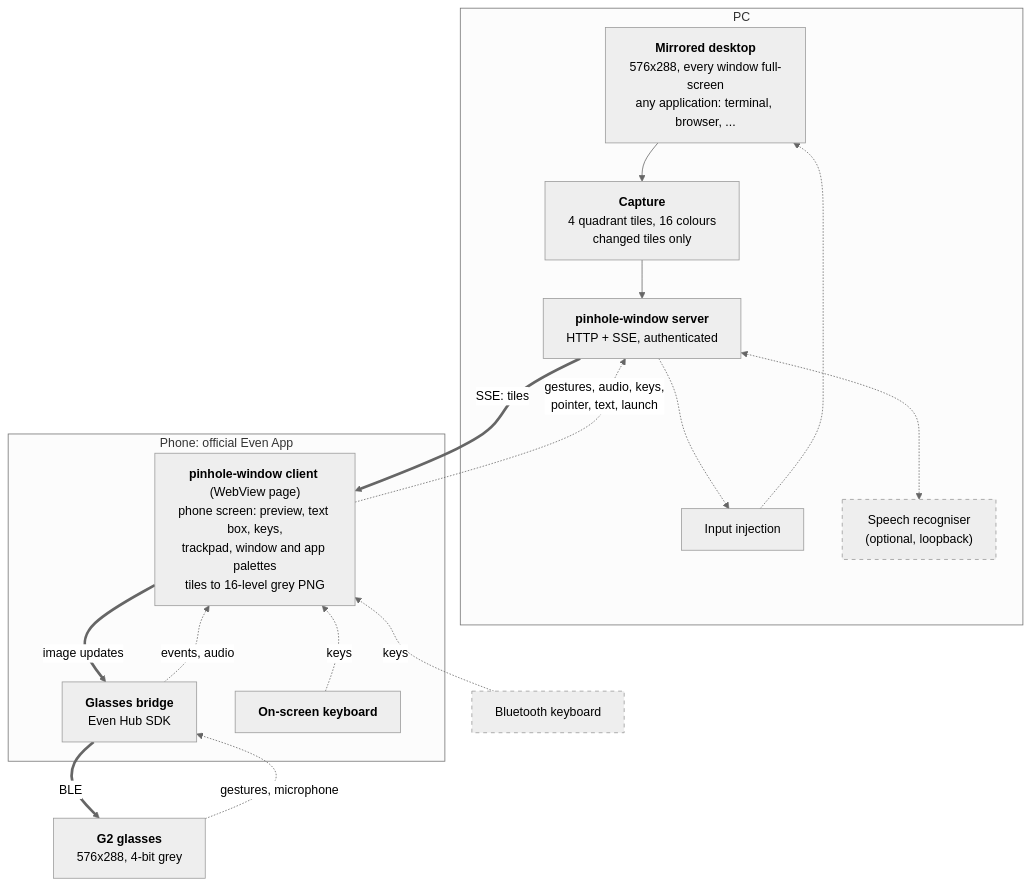
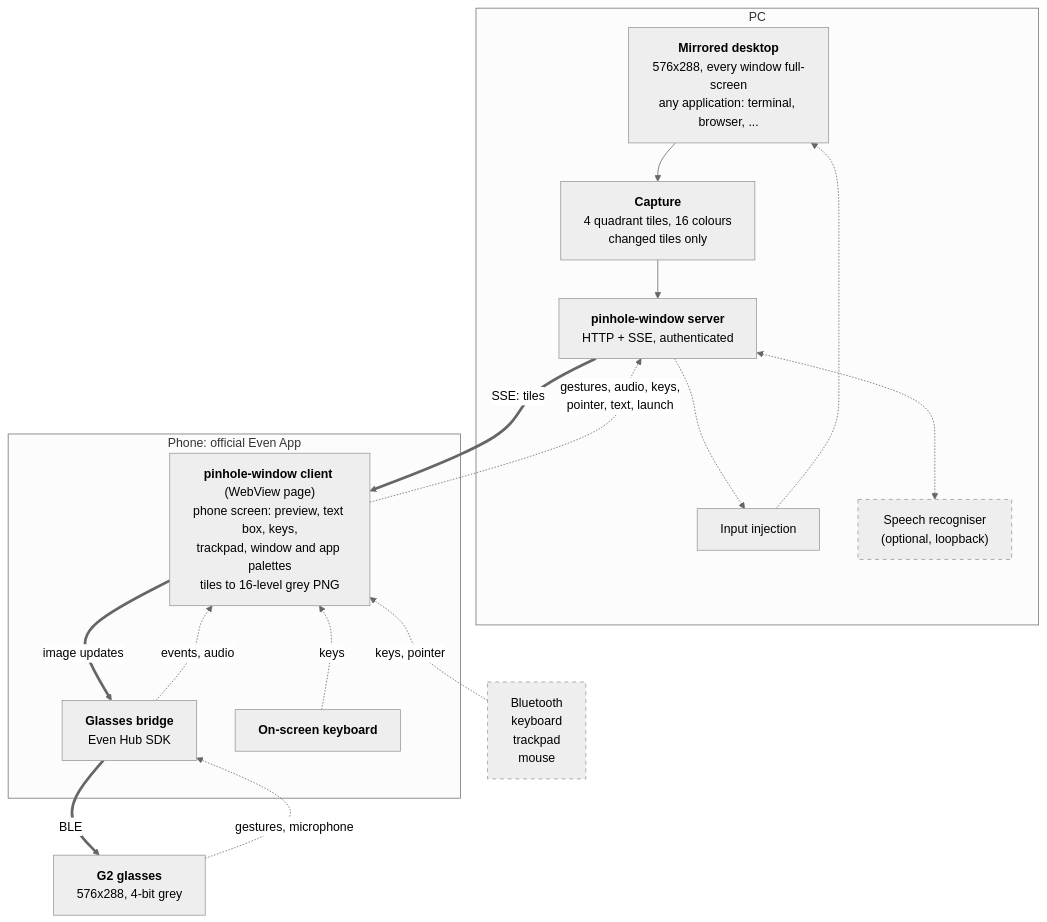
The diagram in README.md (sunasaji/even-window), drawn with Mermaid (neutral theme) before and after one commit. The commit also changed 1 other file, not shown here.

Commit message:
docs: show the trackpad and mouse in the README diagram
The diagram named only a Bluetooth keyboard, although a trackpad or
mouse paired with the phone also drives the desktop. The glasses have
little input of their own, so the diagram should show what can be added.

````diff
--- a/README.md
+++ b/README.md
@@ -33,33 +33,33 @@
 ```mermaid
 flowchart TB
   subgraph PC["PC"]
     X["<b>Mirrored desktop</b><br/>576x288, every window full-screen<br/>any application: terminal, browser, ..."]
     CAP["<b>Capture</b><br/>4 quadrant tiles, 16 colours<br/>changed tiles only"]
     SRV["<b>pinhole-window server</b><br/>HTTP + SSE, authenticated"]
     INJ["Input injection"]
     STT["Speech recogniser<br/>(optional, loopback)"]
     X --> CAP --> SRV
     SRV -.-> INJ -.-> X
     SRV <-.-> STT
   end
   subgraph PHONE["Phone: official Even App"]
     CL["<b>pinhole-window client</b> (WebView page)<br/>phone screen: preview, text box, keys,<br/>trackpad, window and app palettes<br/>tiles to 16-level grey PNG"]
     BR["<b>Glasses bridge</b><br/>Even Hub SDK"]
     SK["<b>On-screen keyboard</b>"]
   end
   G2["<b>G2 glasses</b><br/>576x288, 4-bit grey"]
-  KB["Bluetooth keyboard"]
+  KB["Bluetooth<br/>keyboard<br/>trackpad<br/>mouse"]
   style KB stroke-dasharray: 5 5
   style STT stroke-dasharray: 5 5
 
   SRV == "SSE: tiles" ==> CL
   CL == "image updates" ==> BR
   BR == "BLE" ==> G2
   G2 -. "gestures, microphone" .-> BR
   BR -. "events, audio" .-> CL
   CL ~~~ SK
   SK -. "keys" .-> CL
   CL ~~~ KB
-  KB -. "keys" .-> CL
+  KB -. "keys, pointer" .-> CL
   CL -. "gestures, audio, keys,<br/>pointer, text, launch" .-> SRV
 ```
````
